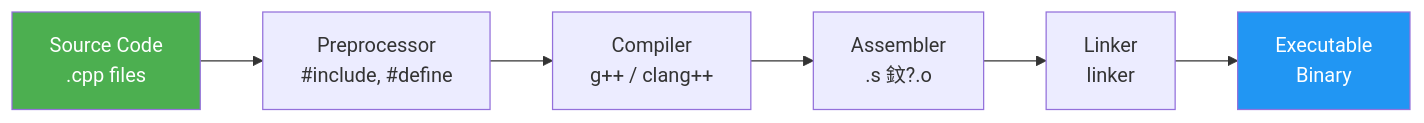
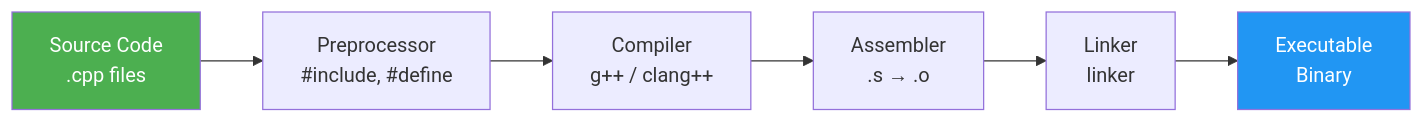
One commit to Thezx-a/LumenDB changed the second of 3 diagrams in deepvector/course/ch01_setup/01_环境搭建与编译_en.md. Above: the diagram before and after it, drawn with Mermaid. The commit also changed other lines of this file and 91 other files, not shown here.

````diff
--- a/deepvector/course/ch01_setup/01_环境搭建与编译_en.md
+++ b/deepvector/course/ch01_setup/01_环境搭建与编译_en.md
@@ -108,11 +108,11 @@
 ```mermaid
 flowchart LR
     A["Source Code<br/>.cpp files"] --> B["Preprocessor<br/>#include, #define"]
     B --> C["Compiler<br/>g++ / clang++"]
-    C --> D["Assembler<br/>.s 鈫?.o"]
+    C --> D["Assembler<br/>.s → .o"]
     D --> E["Linker<br/>linker"]
     E --> F["Executable<br/>Binary"]
 
     style A fill:#4CAF50,color:#fff
     style F fill:#2196F3,color:#fff
 ```
````
